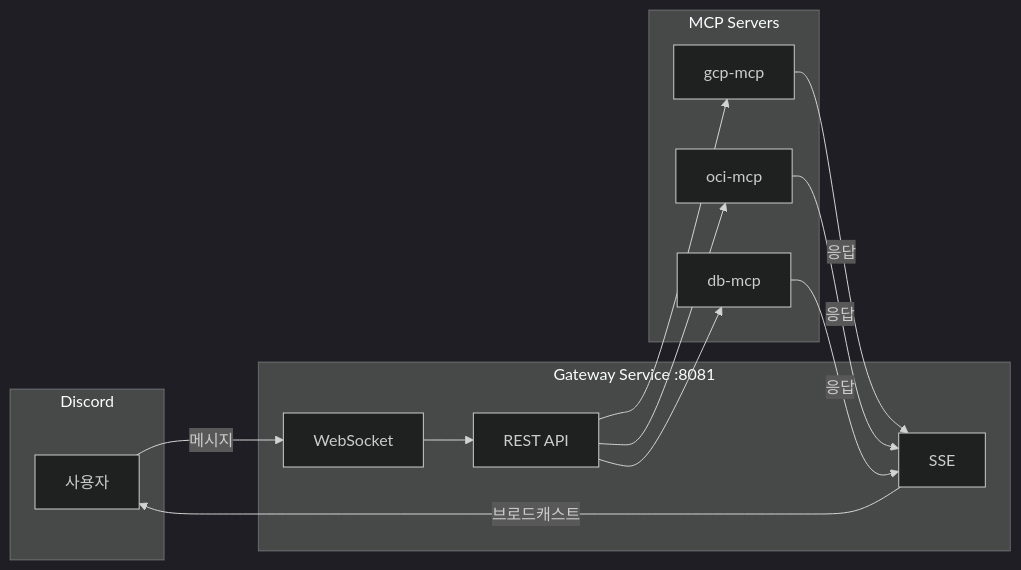
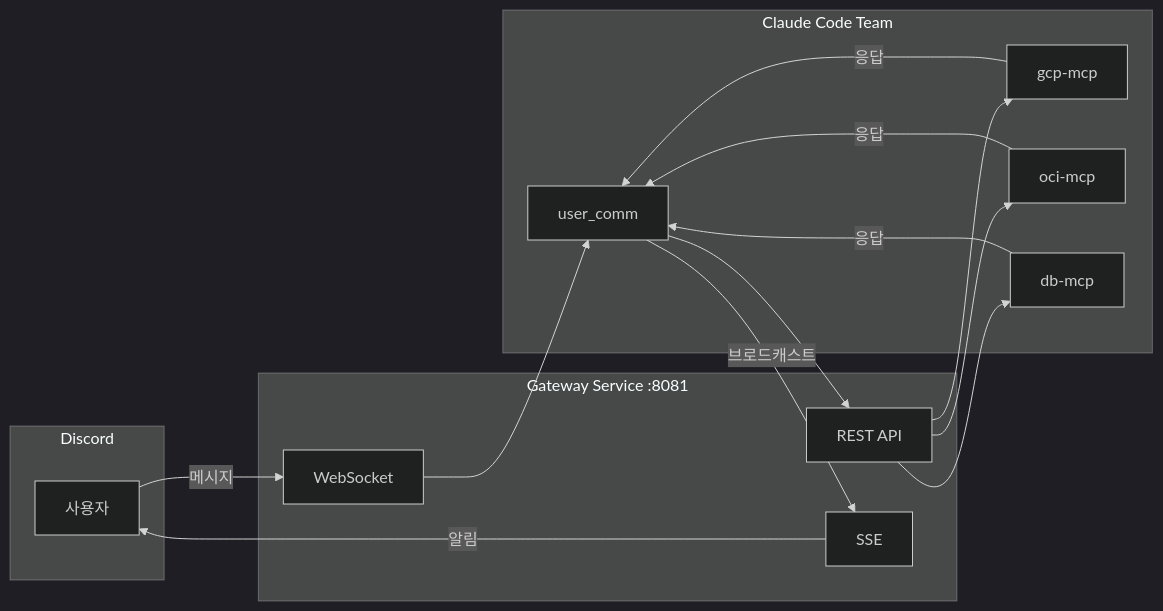
One commit to yarang/blogs changed the first of 8 diagrams in content/ko/post/2026-03-01-013-discord-gateway-mcp-아키텍처-설계.md. Above: the diagram before and after it, drawn with Mermaid (dark theme). The commit also changed other lines of this file, not shown here.

First line of the commit message:
Update post: 2026-03-01-013-discord-gateway-mcp-아키텍처-설계.md

````diff
--- a/content/ko/post/2026-03-01-013-discord-gateway-mcp-아키텍처-설계.md
+++ b/content/ko/post/2026-03-01-013-discord-gateway-mcp-아키텍처-설계.md
@@ -27,28 +25,31 @@
 ```mermaid
 flowchart LR
     subgraph Discord["Discord"]
         User[사용자]
     end
 
     subgraph Gateway["Gateway Service :8081"]
         WS[WebSocket]
         API[REST API]
         SSE[SSE]
     end
 
-    subgraph MCPs["MCP Servers"]
+    subgraph Agents["Claude Code Team"]
+        UserComm[user_comm]
         GCP[gcp-mcp]
         OCI[oci-mcp]
         DB[db-mcp]
     end
 
     User -->|메시지| WS
-    WS --> API
+    WS --> UserComm
+    UserComm --> API
     API --> GCP
     API --> OCI
     API --> DB
-    GCP -->|응답| SSE
-    OCI -->|응답| SSE
-    DB -->|응답| SSE
-    SSE -->|브로드캐스트| User
+    GCP -->|응답| UserComm
+    OCI -->|응답| UserComm
+    DB -->|응답| UserComm
+    UserComm -->|브로드캐스트| SSE
+    SSE -->|알림| User
 ```
````
